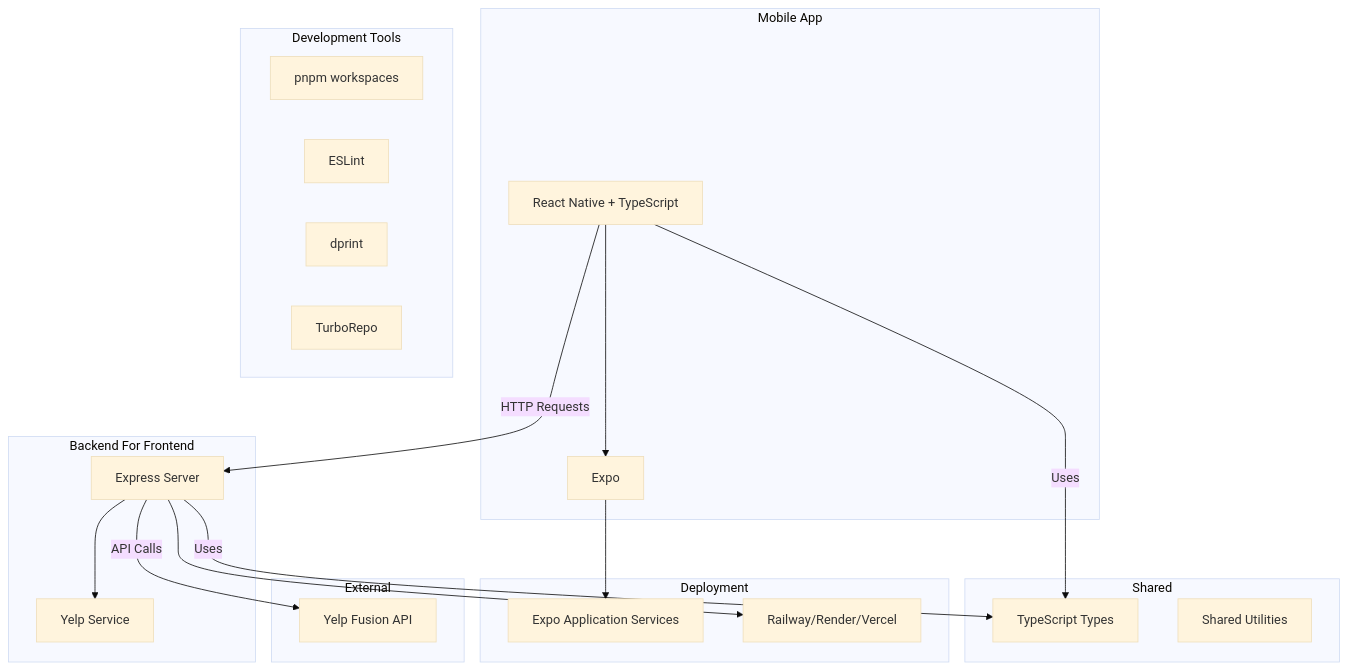
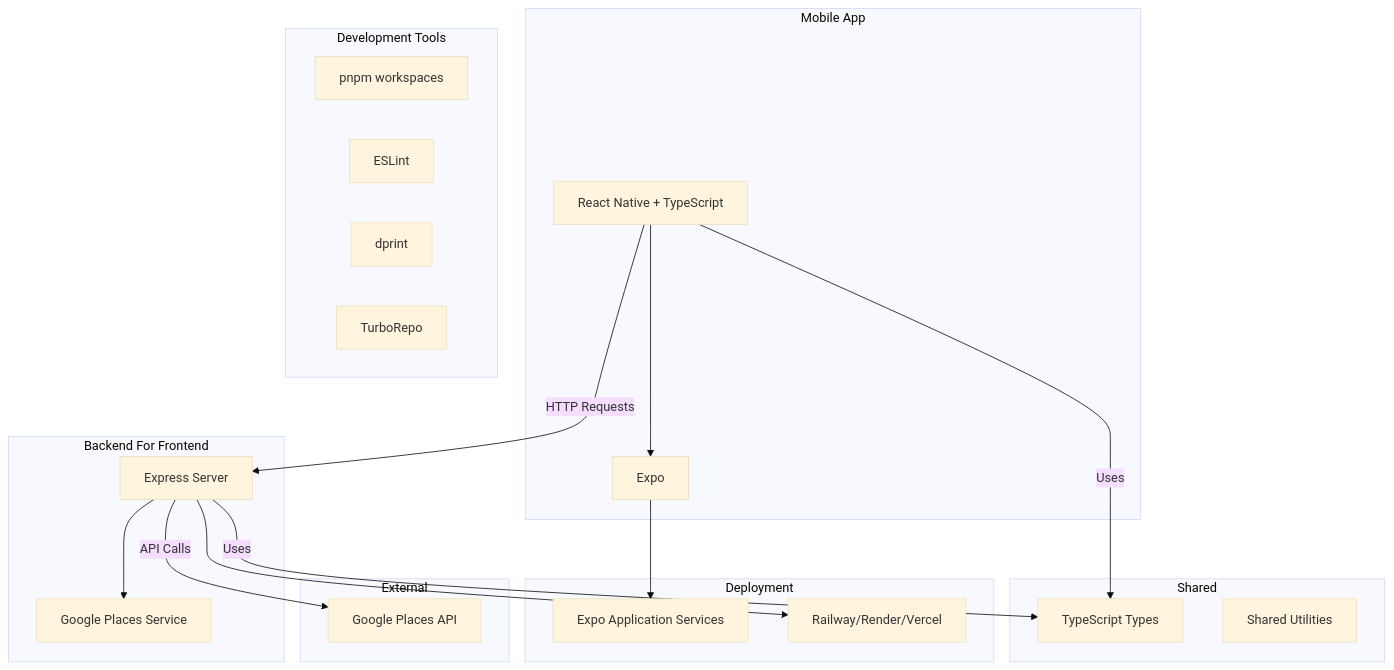
Before and after one commit to GeoffreyHanson/nightowl-react-native: the diagram in README.md, drawn with Mermaid (base theme). The commit also changed other lines of this file, not shown here.

Commit message:
Update readme, yelp to google services

````diff
--- a/README.md
+++ b/README.md
@@ -7,47 +7,47 @@
 ```mermaid
 graph TB
     subgraph "Mobile App"
         RN[React Native + TypeScript]
         Expo[Expo]
         RN --> Expo
     end
 
     subgraph "Backend For Frontend"
         Express[Express Server]
-        YelpService[Yelp Service]
-        Express --> YelpService
+        GoogleService[Google Places Service]
+        Express --> GoogleService
     end
 
     subgraph "Shared"
         Types[TypeScript Types]
         Utils[Shared Utilities]
     end
 
     subgraph "External"
-        Yelp[Yelp Fusion API]
+        Google[Google Places API]
     end
 
     %% Connections
     RN --> |HTTP Requests| Express
-    Express --> |API Calls| Yelp
+    Express --> |API Calls| Google
     RN --> |Uses| Types
     Express --> |Uses| Types
 
     %% Development Tools
     subgraph "Development Tools"
         PNPM[pnpm workspaces]
         ESLint[ESLint]
         DPrint[dprint]
         Turbo[TurboRepo]
     end
 
     %% Deployment
     subgraph "Deployment"
         EAS[Expo Application Services]
         Railway[Railway/Render/Vercel]
     end
 
     %% Tool Connections
     Expo --> EAS
     Express --> Railway
 ```
````
